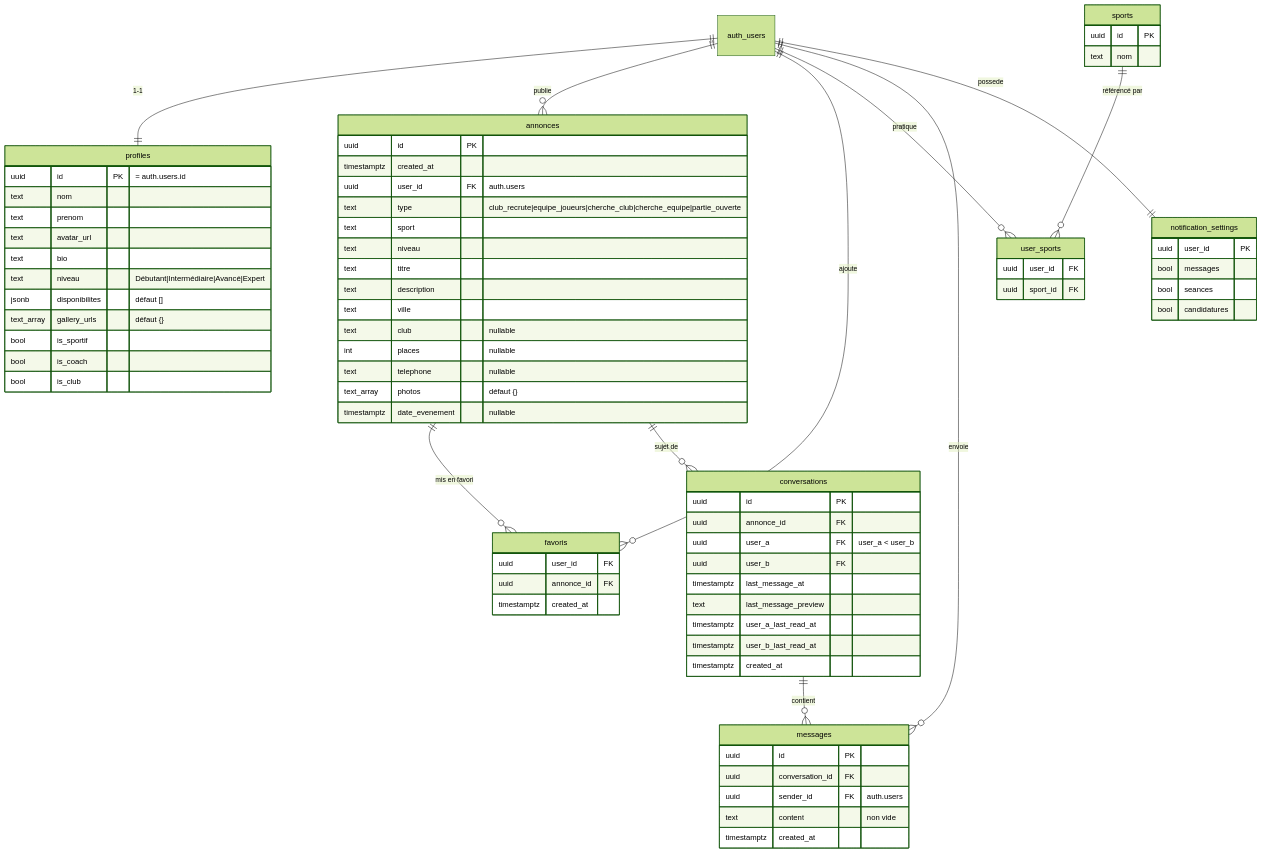
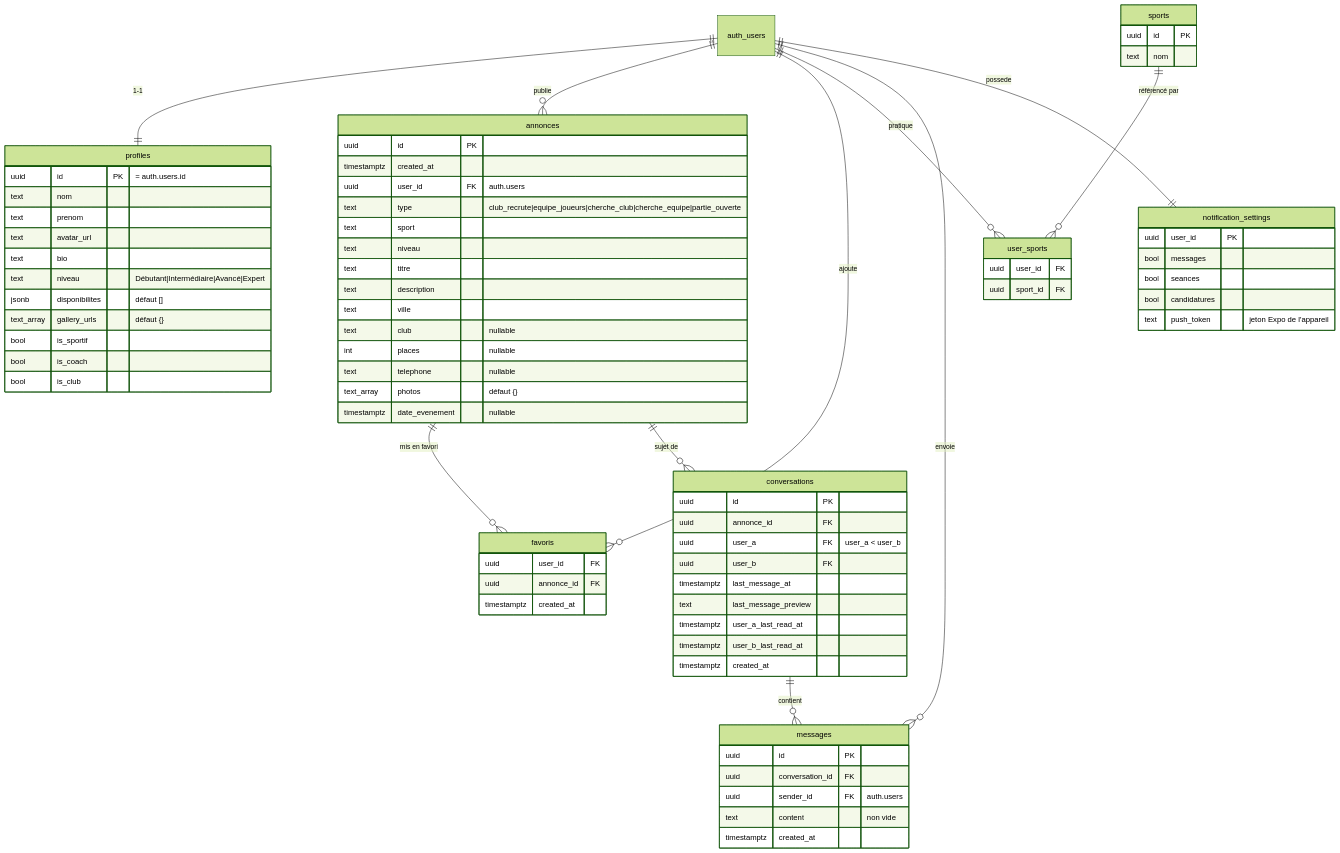
One commit to gouacemt/LeBonSport changed the diagram in docs/DATABASE.md. Above: the diagram before and after it, drawn with Mermaid (forest theme). The commit also changed other lines of this file and 6 other files, not shown here.

````diff
--- a/docs/DATABASE.md
+++ b/docs/DATABASE.md
@@ -94,5 +94,6 @@
         bool messages
         bool seances
         bool candidatures
+        text push_token "jeton Expo de l'appareil"
     }
 ```
````
